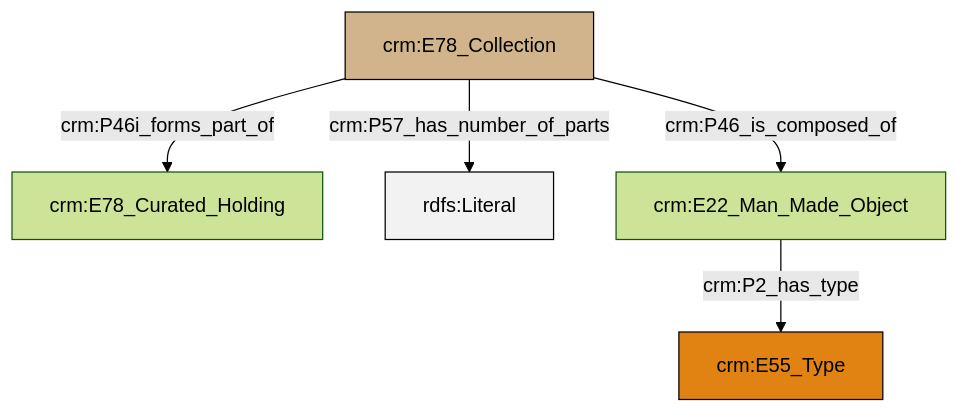
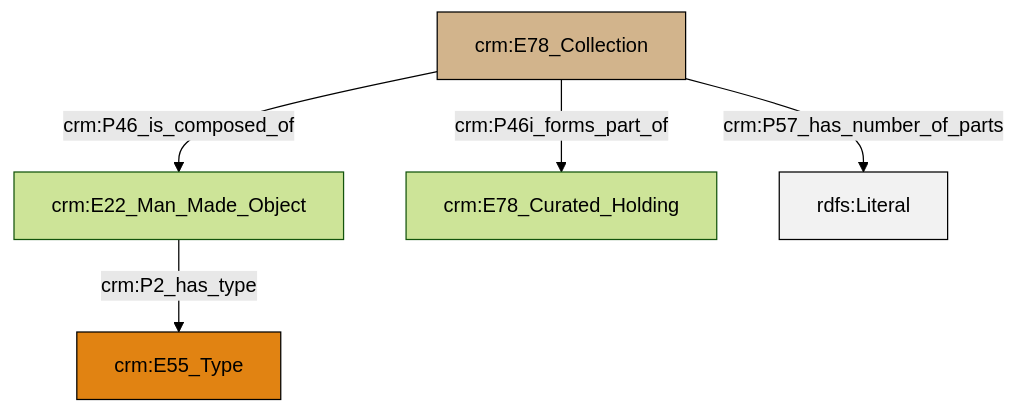
One commit to swiss-art-research-net/docs.swissartresearch changed the diagram in et/archivalCSV/ttl/mmd/archival_parthood.ttl.mmd. Above: the diagram before and after it, drawn with Mermaid (forest theme). The commit also changed 174 other files, not shown here.

```diff
--- a/et/archivalCSV/ttl/mmd/archival_parthood.ttl.mmd
+++ b/et/archivalCSV/ttl/mmd/archival_parthood.ttl.mmd
@@ -1,19 +1,19 @@
 graph TD
 classDef Literal fill:#f2f2f2,stroke:#000000;
 classDef CRM_Entity fill:#FFFFFF,stroke:#000000;
 classDef Temporal_Entity fill:#00C9E6, stroke:#000000;
 classDef Type fill:#E18312, stroke:#000000;
 classDef Time-Span fill:#2C9C91, stroke:#000000;
 classDef Appellation fill:#FFEB7F, stroke:#000000;
 classDef Place fill:#008836, stroke:#000000;
 classDef Persistent_Item fill:#B266B2, stroke:#000000;
 classDef Conceptual_Object fill:#FFD700, stroke:#000000;
 classDef Physical_Thing fill:#D2B48C, stroke:#000000;
 classDef Actor fill:#f58aad, stroke:#000000;
 classDef PC_Classes fill:#4ce600, stroke:#000000;
 classDef Multi fill:#cccccc,stroke:#000000;
 
-2["crm:E78_Collection"]:::Physical_Thing -->|crm:P46i_forms_part_of| 3["crm:E78_Curated_Holding"]:::Default
-2["crm:E78_Collection"]:::Physical_Thing -->|crm:P57_has_number_of_parts| 4[rdfs:Literal]:::Literal
-2["crm:E78_Collection"]:::Physical_Thing -->|crm:P46_is_composed_of| 5["crm:E22_Man_Made_Object"]:::Default
-5["crm:E22_Man_Made_Object"]:::Default -->|crm:P2_has_type| 0["crm:E55_Type"]:::Type
+0["crm:E22_Man_Made_Object"]:::Default -->|crm:P2_has_type| 1["crm:E55_Type"]:::Type
+2["crm:E78_Collection"]:::Physical_Thing -->|crm:P46_is_composed_of| 0["crm:E22_Man_Made_Object"]:::Default
+2["crm:E78_Collection"]:::Physical_Thing -->|crm:P57_has_number_of_parts| 7[rdfs:Literal]:::Literal
+2["crm:E78_Collection"]:::Physical_Thing -->|crm:P46i_forms_part_of| 4["crm:E78_Curated_Holding"]:::Default
```
